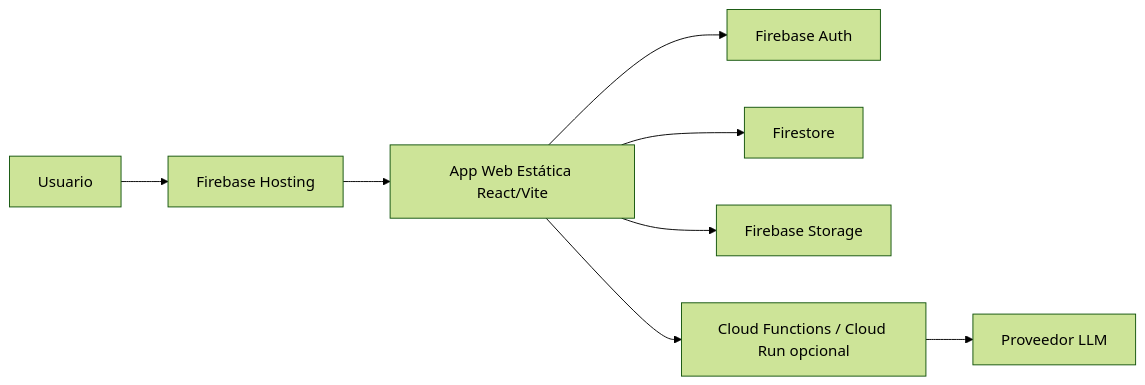
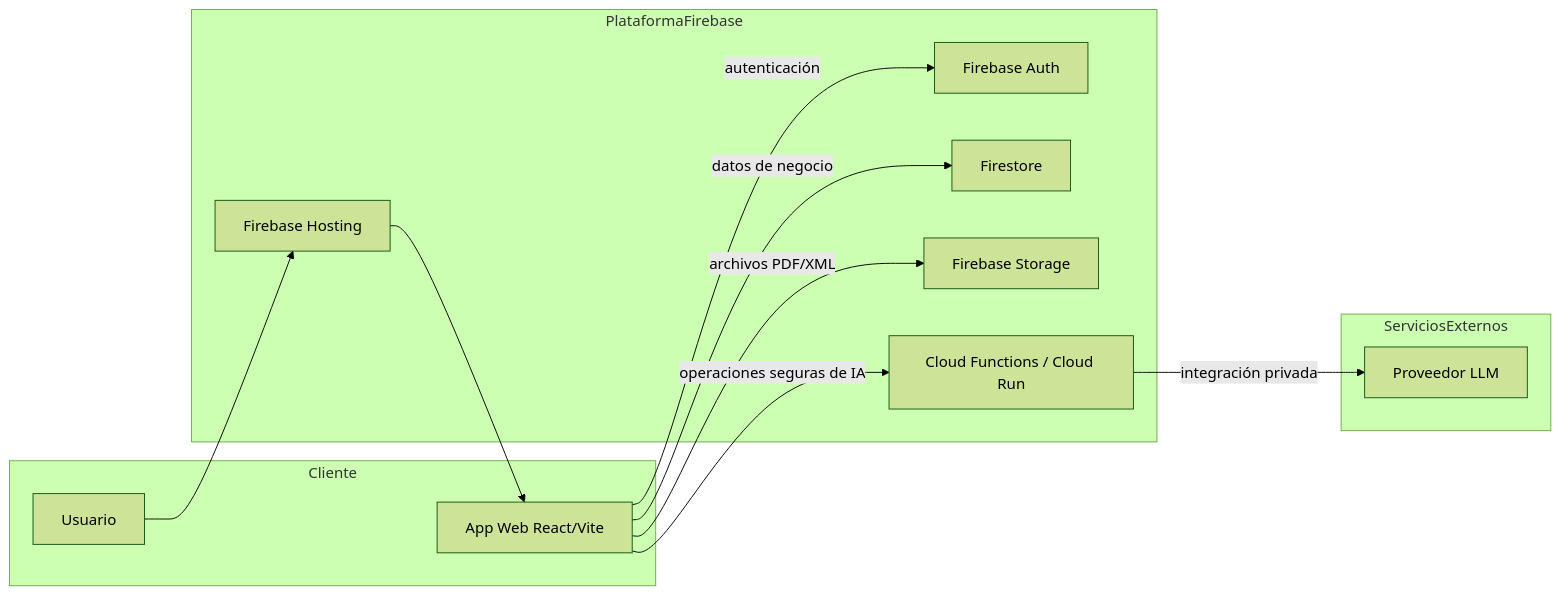
The first of 2 diagrams in docs/ARQUITECTURA.md (vega1980/gemailla-master), drawn with Mermaid (forest theme) before and after one commit.

Commit message:
docs: update architecture diagram

````diff
--- a/docs/ARQUITECTURA.md
+++ b/docs/ARQUITECTURA.md
@@ -3,10 +3,27 @@
 ```mermaid
 flowchart LR
-  Usuario[Usuario] --> Hosting[Firebase Hosting]
-  Hosting --> App[App Web Estática React/Vite]
-  App --> Auth[Firebase Auth]
-  App --> Firestore[Firestore]
-  App --> Storage[Firebase Storage]
-  App --> BackendSeguro[Cloud Functions / Cloud Run opcional]
-  BackendSeguro --> LLM[Proveedor LLM]
+  subgraph Cliente
+    Usuario[Usuario]
+    App[App Web React/Vite]
+  end
+
+  subgraph PlataformaFirebase
+    Hosting[Firebase Hosting]
+    Auth[Firebase Auth]
+    Firestore[Firestore]
+    Storage[Firebase Storage]
+    Backend[Cloud Functions / Cloud Run]
+  end
+
+  subgraph ServiciosExternos
+    LLM[Proveedor LLM]
+  end
+
+  Usuario --> Hosting
+  Hosting --> App
+  App -->|autenticación| Auth
+  App -->|datos de negocio| Firestore
+  App -->|archivos PDF/XML| Storage
+  App -->|operaciones seguras de IA| Backend
+  Backend -->|integración privada| LLM
 ```
````
